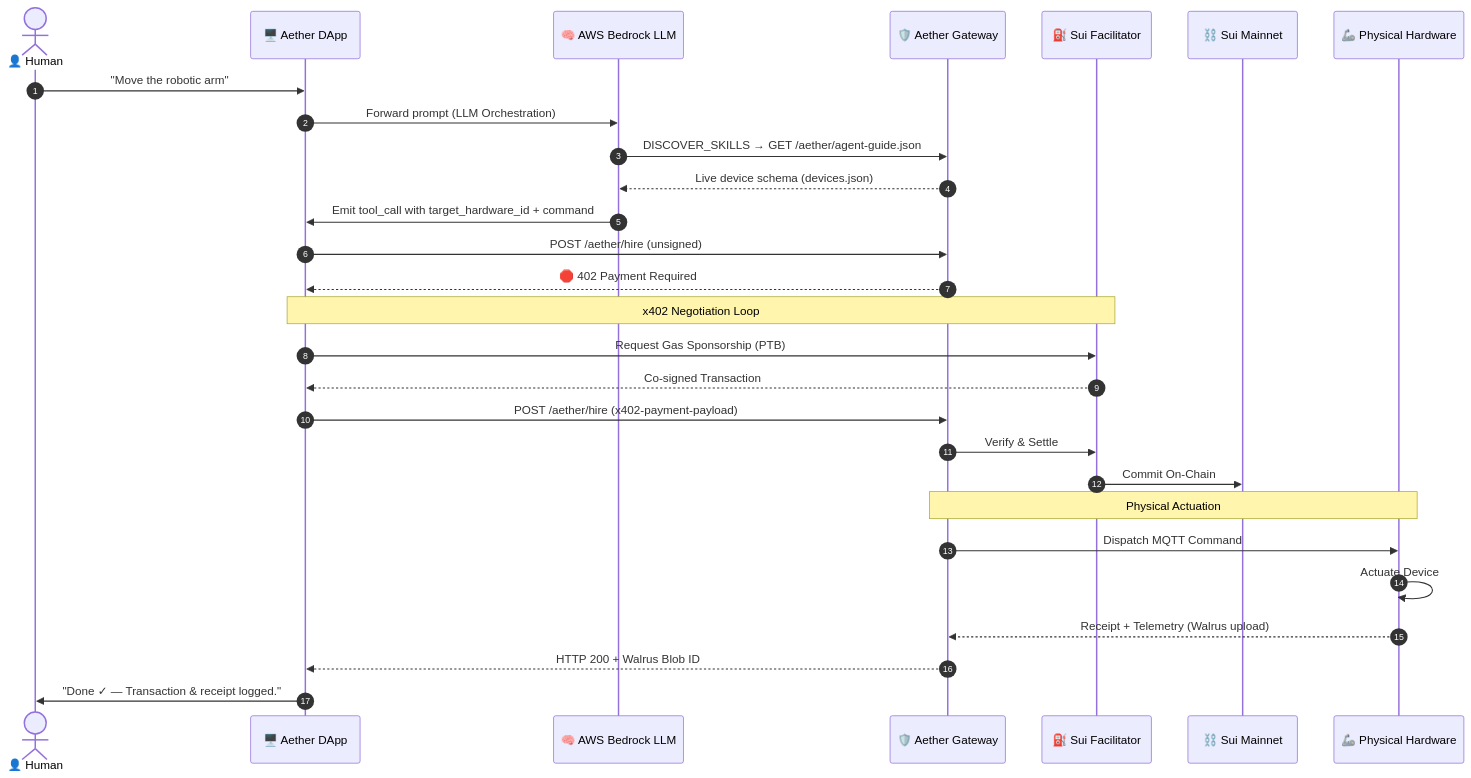
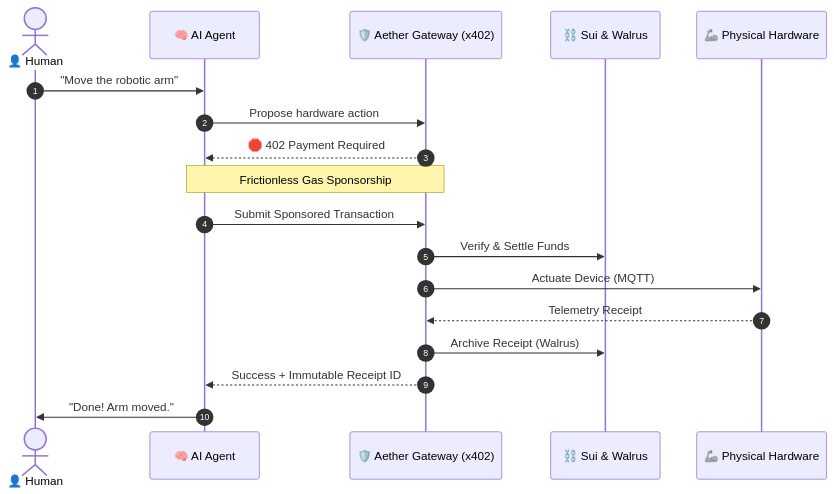
Before and after one commit to altaga/Aether: the first of 6 diagrams in README.md, drawn with Mermaid.

````diff
--- a/README.md
+++ b/README.md
@@ -40,34 +40,24 @@
 ```mermaid
 sequenceDiagram
     autonumber
     actor User as 👤 Human
-    participant DApp as 🖥️ Aether DApp
-    participant Agent as 🧠 AWS Bedrock LLM
-    participant Gateway as 🛡️ Aether Gateway
-    participant Facilitator as ⛽ Sui Facilitator
-    participant Sui as ⛓️ Sui Mainnet
+    participant Agent as 🧠 AI Agent
+    participant Gateway as 🛡️ Aether Gateway (x402)
+    participant Chain as ⛓️ Sui & Walrus
     participant Hardware as 🦾 Physical Hardware
 
-    User->>DApp: "Move the robotic arm"
-    DApp->>Agent: Forward prompt (LLM Orchestration)
-    Agent->>Gateway: DISCOVER_SKILLS → GET /aether/agent-guide.json
-    Gateway-->>Agent: Live device schema (devices.json)
-    Agent->>DApp: Emit tool_call with target_hardware_id + command
-    DApp->>Gateway: POST /aether/hire (unsigned)
-    Gateway-->>DApp: 🛑 402 Payment Required
-
-    note over DApp, Facilitator: x402 Negotiation Loop
-    DApp->>Facilitator: Request Gas Sponsorship (PTB)
-    Facilitator-->>DApp: Co-signed Transaction
-    DApp->>Gateway: POST /aether/hire (x402-payment-payload)
-    Gateway->>Facilitator: Verify & Settle
-    Facilitator->>Sui: Commit On-Chain
-
-    note over Gateway, Hardware: Physical Actuation
-    Gateway->>Hardware: Dispatch MQTT Command
-    Hardware->>Hardware: Actuate Device
-    Hardware-->>Gateway: Receipt + Telemetry (Walrus upload)
-
-    Gateway-->>DApp: HTTP 200 + Walrus Blob ID
-    DApp->>User: "Done ✓ — Transaction & receipt logged."
+    User->>Agent: "Move the robotic arm"
+    Agent->>Gateway: Propose hardware action
+    Gateway-->>Agent: 🛑 402 Payment Required
+    
+    note over Agent, Gateway: Frictionless Gas Sponsorship
+    Agent->>Gateway: Submit Sponsored Transaction
+    Gateway->>Chain: Verify & Settle Funds
+    
+    Gateway->>Hardware: Actuate Device (MQTT)
+    Hardware-->>Gateway: Telemetry Receipt
+    Gateway->>Chain: Archive Receipt (Walrus)
+    
+    Gateway-->>Agent: Success + Immutable Receipt ID
+    Agent->>User: "Done! Arm moved."
 ```
````
